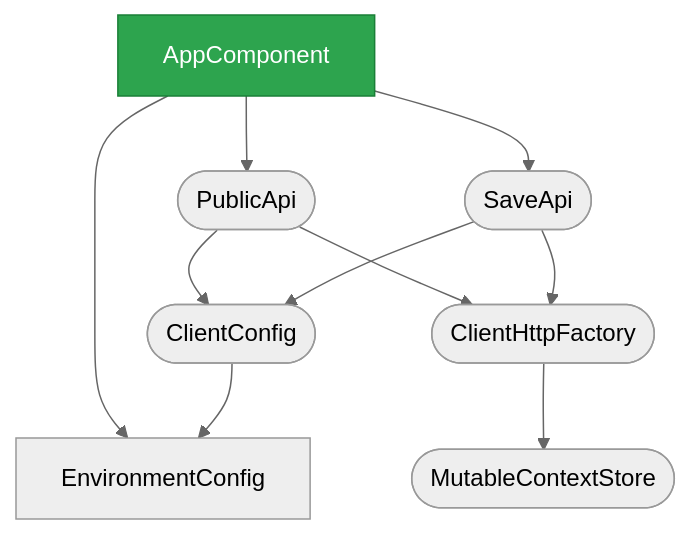
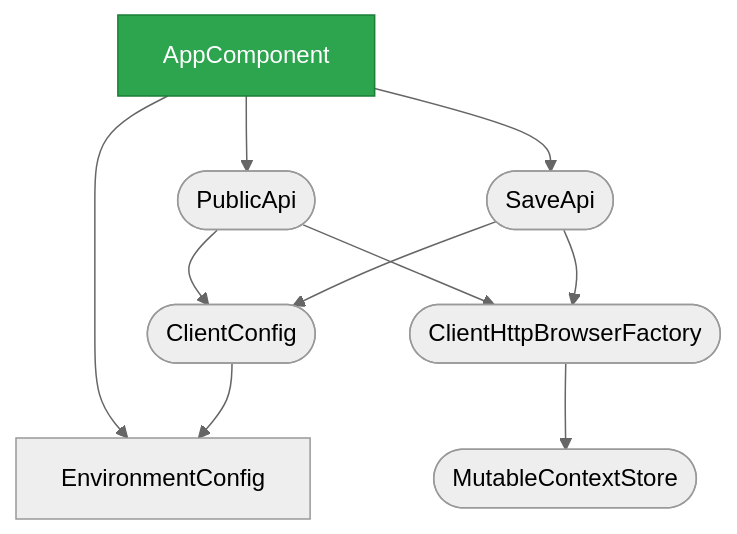
The diagram in apps/app-example/angular-site/design.md (deanhiller/webpieces-ts), drawn with Mermaid (neutral theme) before and after one commit. The commit also changed 129 other files, not shown here.

First line of the commit message:
Split http-client into node/browser/core; Guice-style Provider<T>; credentials leave the magic context (#332)

````diff
--- a/apps/app-example/angular-site/design.md
+++ b/apps/app-example/angular-site/design.md
@@ -13,24 +13,24 @@
 ```mermaid
 graph TD
     AppComponent["AppComponent"]:::component
     ClientConfig(["ClientConfig"])
-    ClientHttpFactory(["ClientHttpFactory"])
+    ClientHttpBrowserFactory(["ClientHttpBrowserFactory"])
     EnvironmentConfig["EnvironmentConfig"]
     MutableContextStore(["MutableContextStore"])
     PublicApi(["PublicApi"])
     SaveApi(["SaveApi"])
     AppComponent --> EnvironmentConfig
     AppComponent --> PublicApi
     AppComponent --> SaveApi
     ClientConfig --> EnvironmentConfig
-    ClientHttpFactory --> MutableContextStore
+    ClientHttpBrowserFactory --> MutableContextStore
     PublicApi --> ClientConfig
-    PublicApi --> ClientHttpFactory
+    PublicApi --> ClientHttpBrowserFactory
     SaveApi --> ClientConfig
-    SaveApi --> ClientHttpFactory
+    SaveApi --> ClientHttpBrowserFactory
     classDef controller fill:#1f6feb,color:#ffffff,stroke:#0d419d
     classDef apiImpl fill:#0d9488,color:#ffffff,stroke:#0f766e
     classDef component fill:#2da44e,color:#ffffff,stroke:#1a7f37
     classDef unresolved fill:#f0ad4e,color:#000000,stroke:#b8860b,stroke-dasharray: 5 5
     classDef external fill:#b39ddb,color:#000000,stroke:#5e35b1,stroke-width:3px
 ```
````
